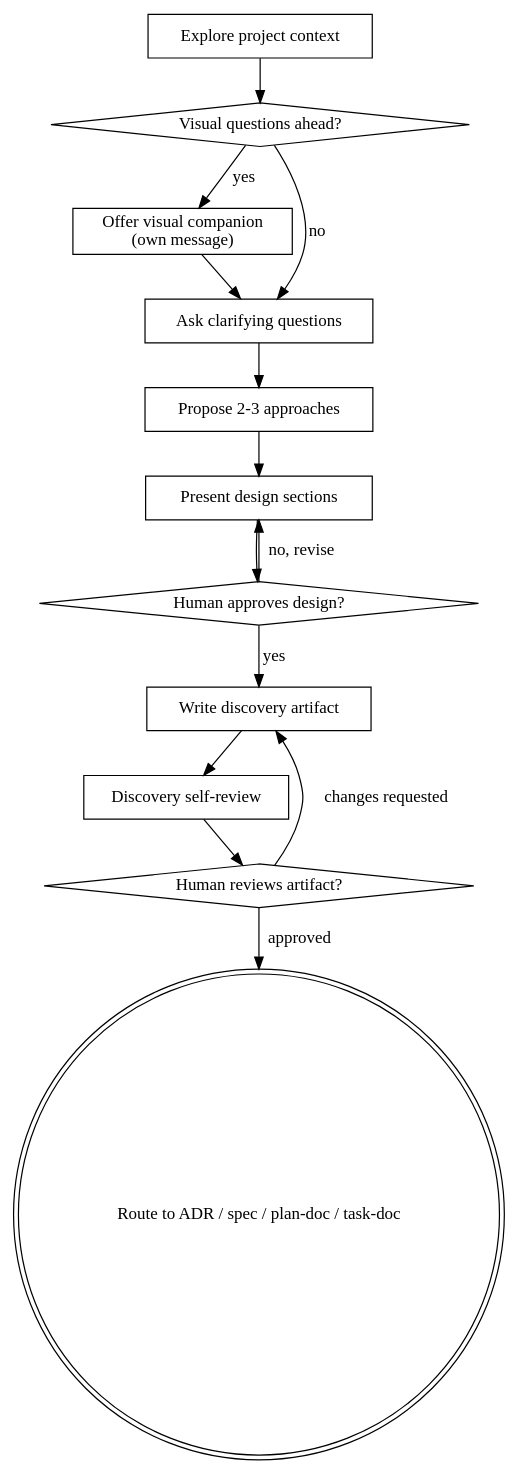
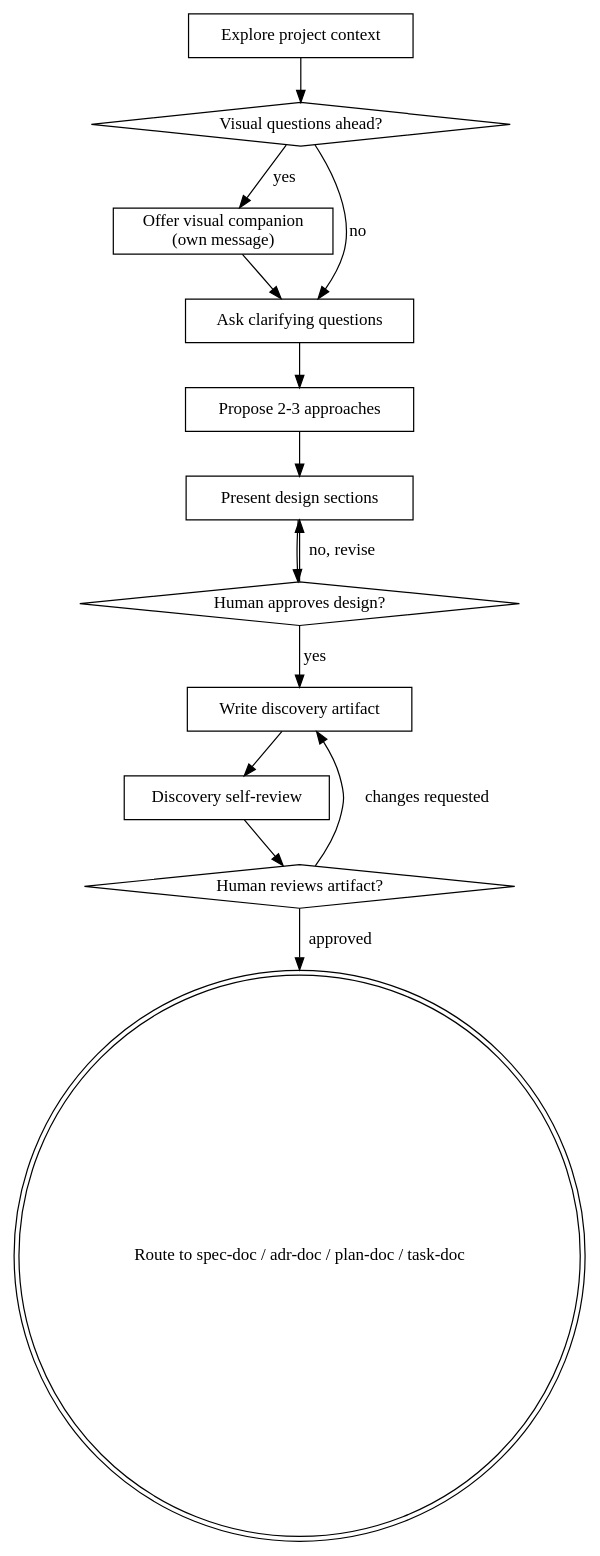
Before and after one commit to scarecrow173/apm-packages: the diagram in packages/doc-driven-dev-apm/.apm/skills/brainstorming/SKILL.ja.md, drawn with Graphviz. The commit also changed other lines of this file and 13 other files, not shown here.

````diff
--- a/packages/doc-driven-dev-apm/.apm/skills/brainstorming/SKILL.ja.md
+++ b/packages/doc-driven-dev-apm/.apm/skills/brainstorming/SKILL.ja.md
@@ -56,29 +57,29 @@
 ```dot
 digraph brainstorming {
   "Explore project context" [shape=box];
   "Visual questions ahead?" [shape=diamond];
   "Offer visual companion\n(own message)" [shape=box];
   "Ask clarifying questions" [shape=box];
   "Propose 2-3 approaches" [shape=box];
   "Present design sections" [shape=box];
   "Human approves design?" [shape=diamond];
   "Write discovery artifact" [shape=box];
   "Discovery self-review" [shape=box];
   "Human reviews artifact?" [shape=diamond];
-  "Route to ADR / spec / plan-doc / task-doc" [shape=doublecircle];
+  "Route to spec-doc / adr-doc / plan-doc / task-doc" [shape=doublecircle];
 
   "Explore project context" -> "Visual questions ahead?";
   "Visual questions ahead?" -> "Offer visual companion\n(own message)" [label="yes"];
   "Visual questions ahead?" -> "Ask clarifying questions" [label="no"];
   "Offer visual companion\n(own message)" -> "Ask clarifying questions";
   "Ask clarifying questions" -> "Propose 2-3 approaches";
   "Propose 2-3 approaches" -> "Present design sections";
   "Present design sections" -> "Human approves design?";
   "Human approves design?" -> "Present design sections" [label="no, revise"];
   "Human approves design?" -> "Write discovery artifact" [label="yes"];
   "Write discovery artifact" -> "Discovery self-review";
   "Discovery self-review" -> "Human reviews artifact?";
   "Human reviews artifact?" -> "Write discovery artifact" [label="changes requested"];
-  "Human reviews artifact?" -> "Route to ADR / spec / plan-doc / task-doc" [label="approved"];
+  "Human reviews artifact?" -> "Route to spec-doc / adr-doc / plan-doc / task-doc" [label="approved"];
 }
 ```
````
